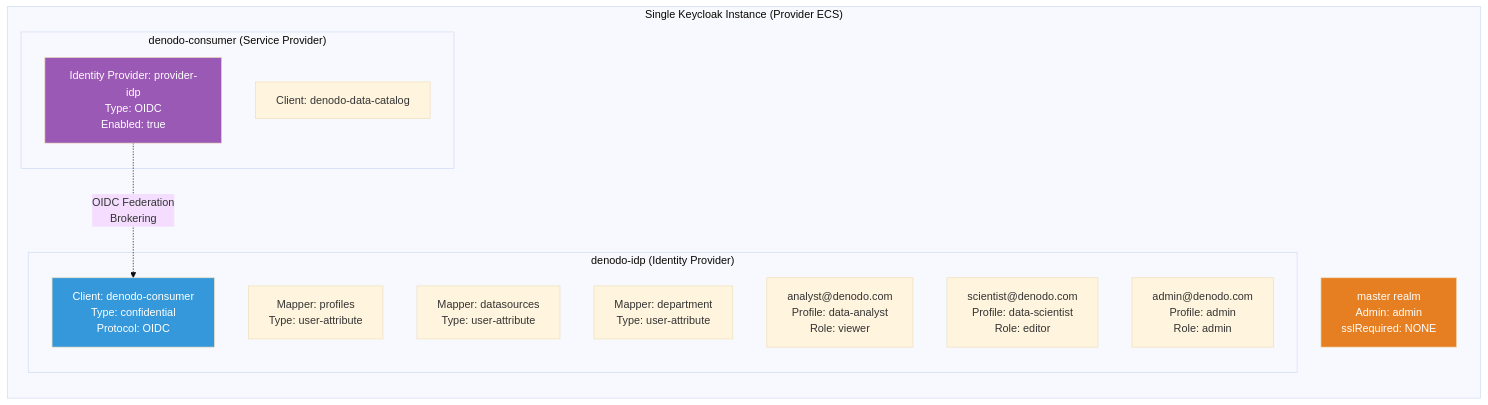
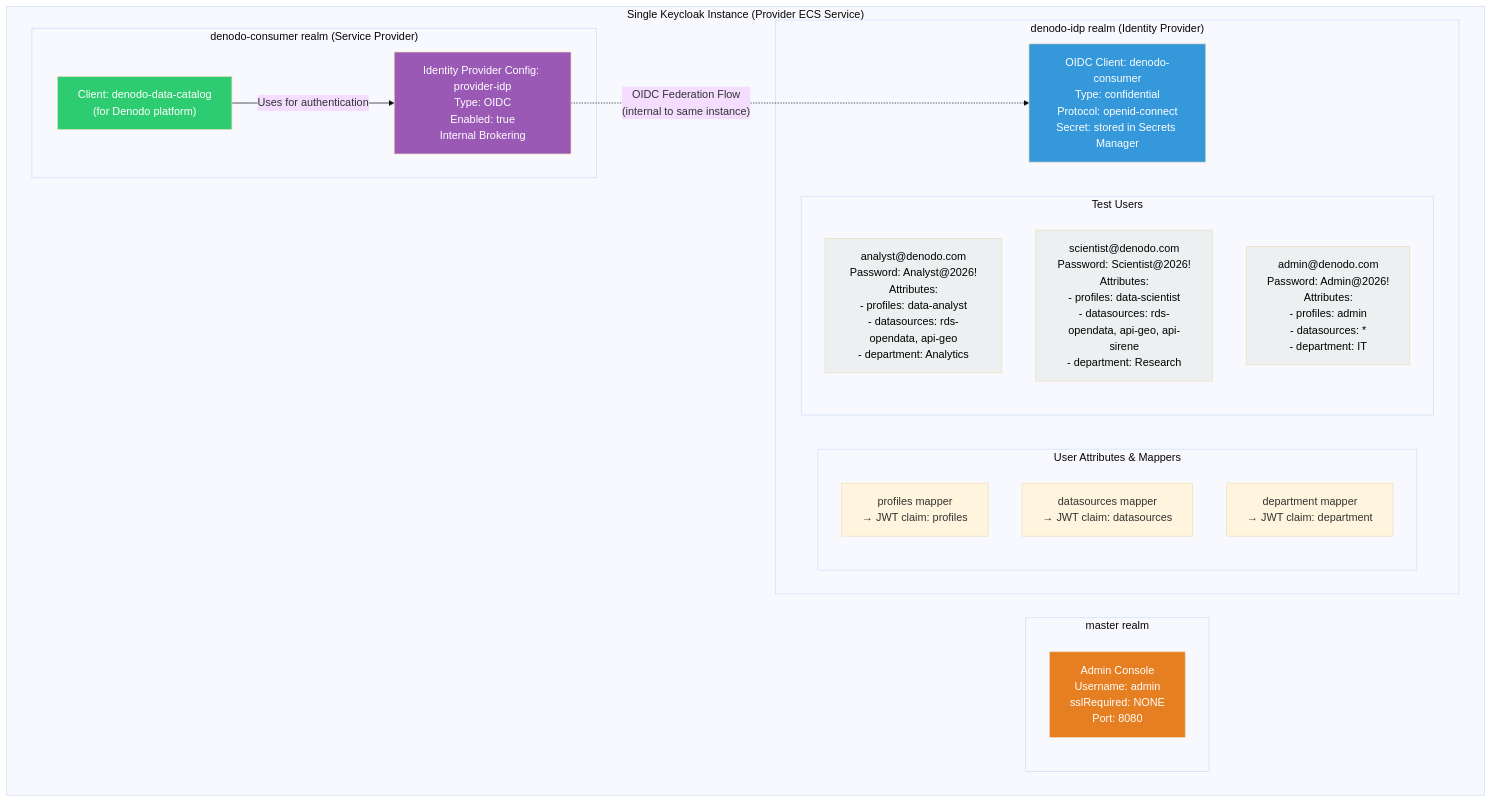
One commit to jaafar-benabderrazak/denodo_poc changed the fifth of 12 diagrams in docs/DEPLOYMENT_STATUS.md. Above: the diagram before and after it, drawn with Mermaid (base theme). The commit also changed other lines of this file, not shown here.

First line of the commit message:
Update DEPLOYMENT_STATUS.md to reflect actual deployed architecture

````diff
--- a/docs/DEPLOYMENT_STATUS.md
+++ b/docs/DEPLOYMENT_STATUS.md
@@ -196,28 +208,40 @@
 ```mermaid
-graph LR
-    subgraph "Single Keycloak Instance (Provider ECS)"
-        MASTER["master realm\nAdmin: admin\nsslRequired: NONE"]
-
-        subgraph "denodo-idp (Identity Provider)"
-            CLIENT["Client: denodo-consumer\nType: confidential\nProtocol: OIDC"]
-            MAPPER1["Mapper: profiles\nType: user-attribute"]
-            MAPPER2["Mapper: datasources\nType: user-attribute"]
-            MAPPER3["Mapper: department\nType: user-attribute"]
-
-            U1["analyst@denodo.com\nProfile: data-analyst\nRole: viewer"]
-            U2["scientist@denodo.com\nProfile: data-scientist\nRole: editor"]
-            U3["admin@denodo.com\nProfile: admin\nRole: admin"]
+graph TB
+    subgraph "Single Keycloak Instance (Provider ECS Service)"
+        subgraph "master realm"
+            MASTER["Admin Console\nUsername: admin\nsslRequired: NONE\nPort: 8080"]
         end
 
-        subgraph "denodo-consumer (Service Provider)"
-            IDP["Identity Provider: provider-idp\nType: OIDC\nEnabled: true"]
-            DC_CLIENT["Client: denodo-data-catalog"]
+        subgraph "denodo-idp realm (Identity Provider)"
+            CLIENT["OIDC Client: denodo-consumer\nType: confidential\nProtocol: openid-connect\nSecret: stored in Secrets Manager"]
+
+            subgraph "User Attributes & Mappers"
+                MAPPER1["profiles mapper\n→ JWT claim: profiles"]
+                MAPPER2["datasources mapper\n→ JWT claim: datasources"]
+                MAPPER3["department mapper\n→ JWT claim: department"]
+            end
+
+            subgraph "Test Users"
+                U1["analyst@denodo.com\nPassword: Analyst@2026!\nAttributes:\n- profiles: data-analyst\n- datasources: rds-opendata, api-geo\n- department: Analytics"]
+                U2["scientist@denodo.com\nPassword: Scientist@2026!\nAttributes:\n- profiles: data-scientist\n- datasources: rds-opendata, api-geo, api-sirene\n- department: Research"]
+                U3["admin@denodo.com\nPassword: Admin@2026!\nAttributes:\n- profiles: admin\n- datasources: *\n- department: IT"]
+            end
+        end
+
+        subgraph "denodo-consumer realm (Service Provider)"
+            IDP["Identity Provider Config: provider-idp\nType: OIDC\nEnabled: true\nInternal Brokering"]
+            DC_CLIENT["Client: denodo-data-catalog\n(for Denodo platform)"]
         end
     end
 
-    IDP -.->|"OIDC Federation\nBrokering"| CLIENT
+    IDP -.->|"OIDC Federation Flow\n(internal to same instance)"| CLIENT
+    DC_CLIENT -->|"Uses for authentication"| IDP
 
     style MASTER fill:#e67e22,color:#fff
     style CLIENT fill:#3498db,color:#fff
     style IDP fill:#9b59b6,color:#fff
+    style DC_CLIENT fill:#2ecc71,color:#fff
+    style U1 fill:#ecf0f1,color:#000
+    style U2 fill:#ecf0f1,color:#000
+    style U3 fill:#ecf0f1,color:#000
 ```
````
